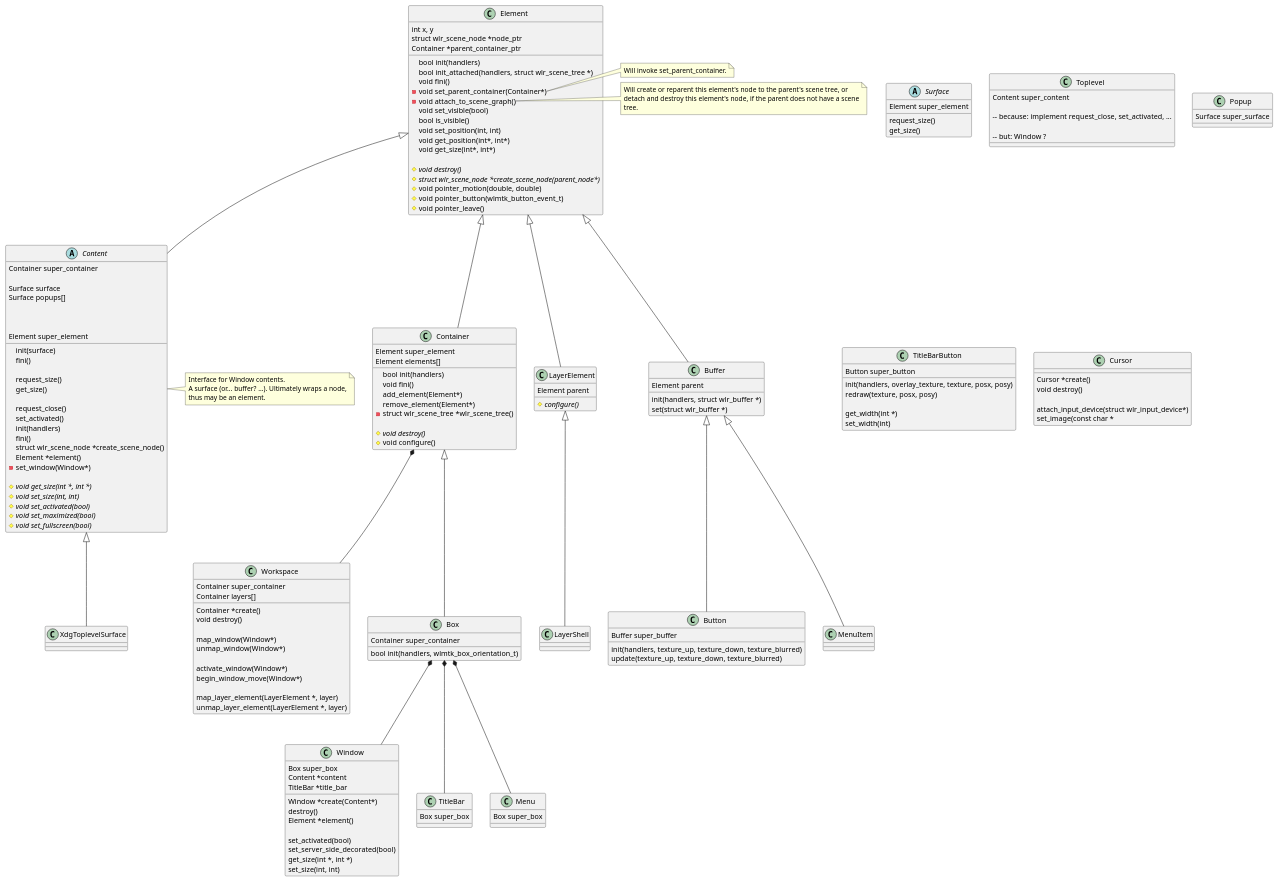
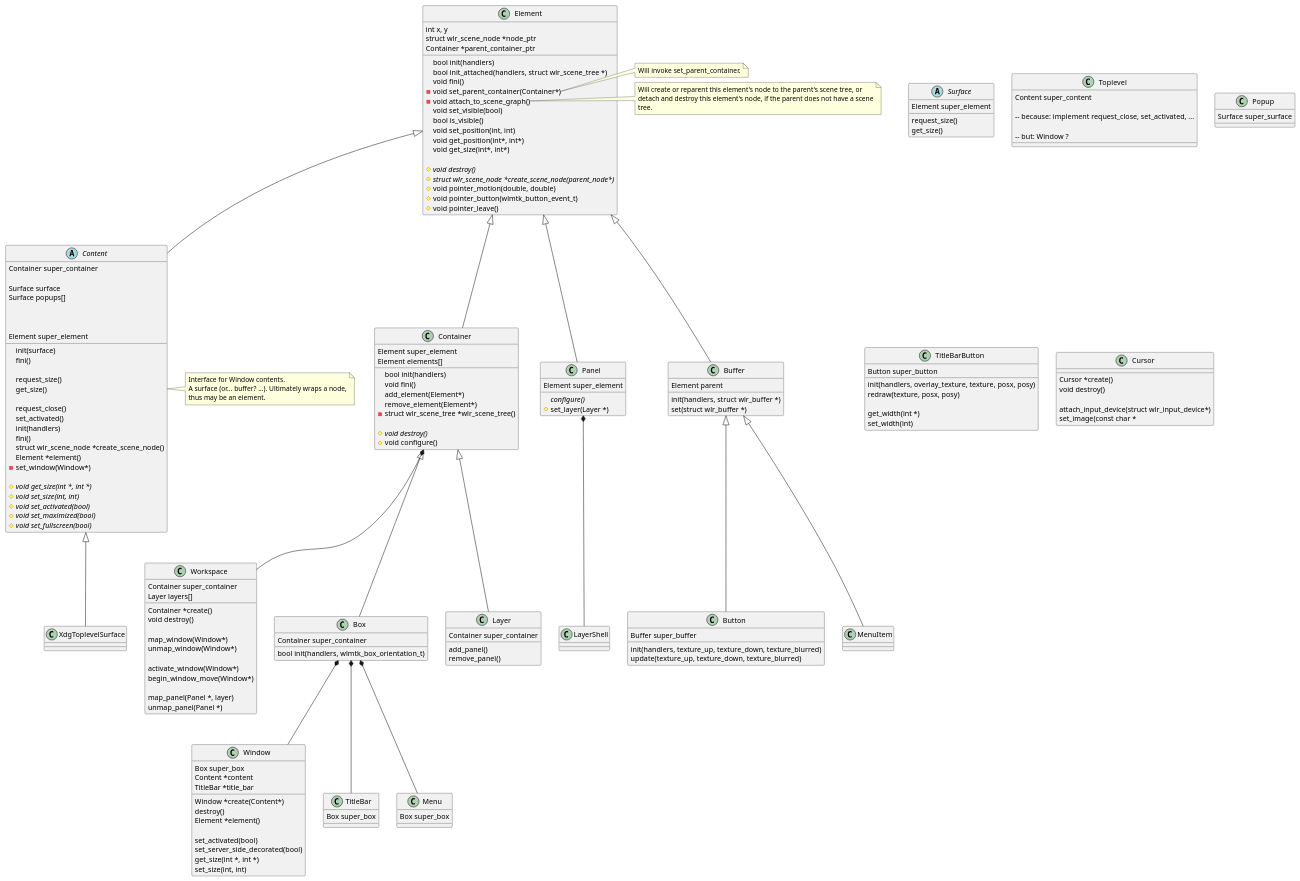
The first of 2 diagrams in src/toolkit/toolkit.md (phkaeser/wlmaker), drawn with PlantUML before and after one commit.

Commit message:
Documents layer and panel elements.

````diff
--- a/src/toolkit/toolkit.md
+++ b/src/toolkit/toolkit.md
@@ -76,7 +76,7 @@
 
 class Workspace {
   Container super_container
-  Container layers[]
+  Layer layers[]
 
   Container *create()
   void destroy()
@@ -87,8 +87,8 @@
   activate_window(Window*)
   begin_window_move(Window*)
 
-  map_layer_element(LayerElement *, layer)
-  unmap_layer_element(LayerElement *, layer)
+  map_panel(Panel *, layer)
+  unmap_panel(Panel *)
 }
 Container *-- Workspace
 
@@ -164,16 +164,22 @@
   thus may be an element.
 end note
 
-class LayerElement {
-  Element parent
+class Layer {
+  Container super_container
+  
+  
+  add_panel()
+  remove_panel()
+}
+Container <|-- Layer
 
-  {abstract}#configure()
-  }
-Element <|-- LayerElement
+class Panel {
+  Element super_element
 
-class LayerShell {
+  {abstract}configure()
+  #set_layer(Layer *)
 }
-LayerElement <|-- LayerShell
+Element <|-- Panel
 
 class XdgToplevelSurface {
 }
@@ -243,4 +249,8 @@
   attach_input_device(struct wlr_input_device*)
   set_image(const char *
 }
+
+class LayerShell {
+}
+Panel *-- LayerShell
 ```
````
